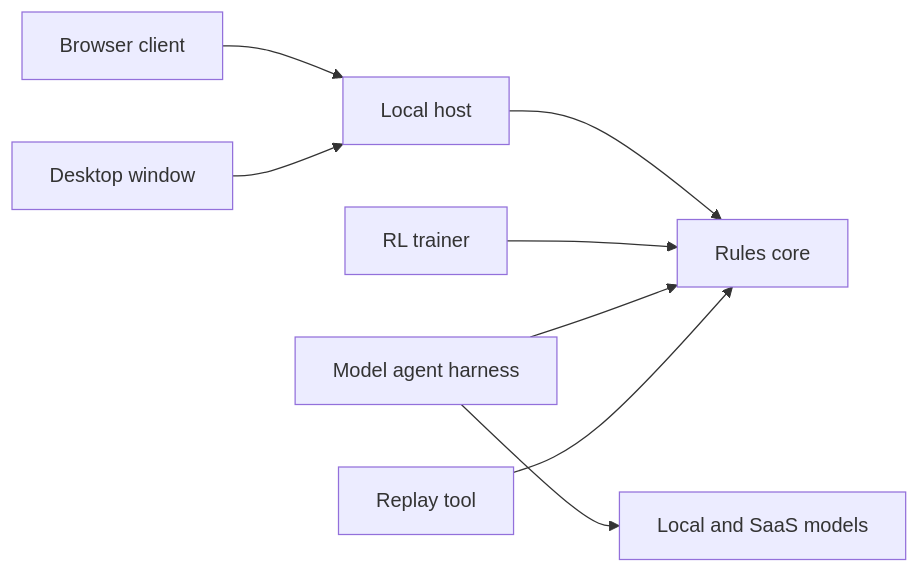
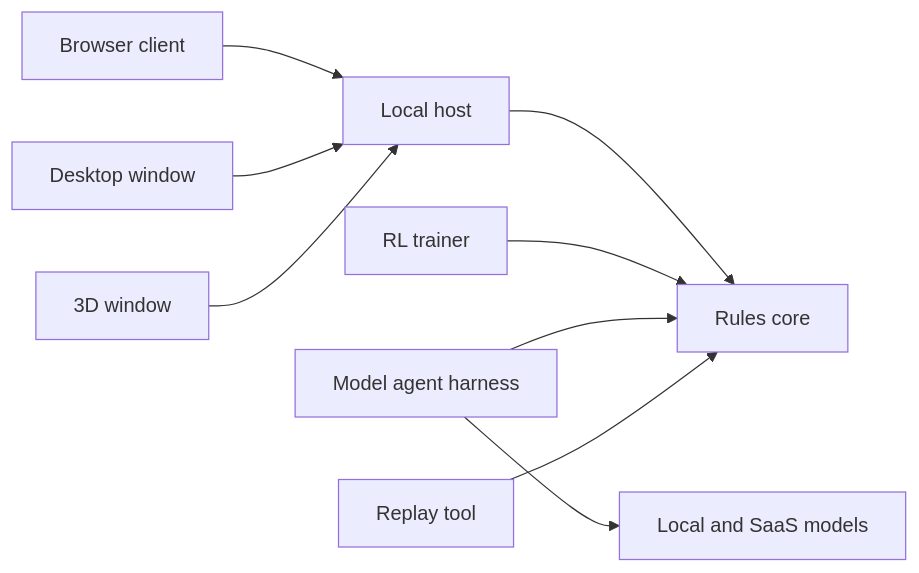
The diagram in README.md (rondilley/Squad_Leader_Expeditionem), drawn with Mermaid before and after one commit. The commit also changed other lines of this file and 12 other files, not shown here.

````diff
--- a/README.md
+++ b/README.md
@@ -186,10 +100,11 @@
 ```mermaid
 flowchart LR
     Client[Browser client] --> Host[Local host]
     Window[Desktop window] --> Host
+    Window3D[3D window] --> Host
     Host --> Core[Rules core]
     Trainer[RL trainer] --> Core
     Harness[Model agent harness] --> Core
     Harness --> Providers[Local and SaaS models]
     Replay[Replay tool] --> Core
 ```
````
